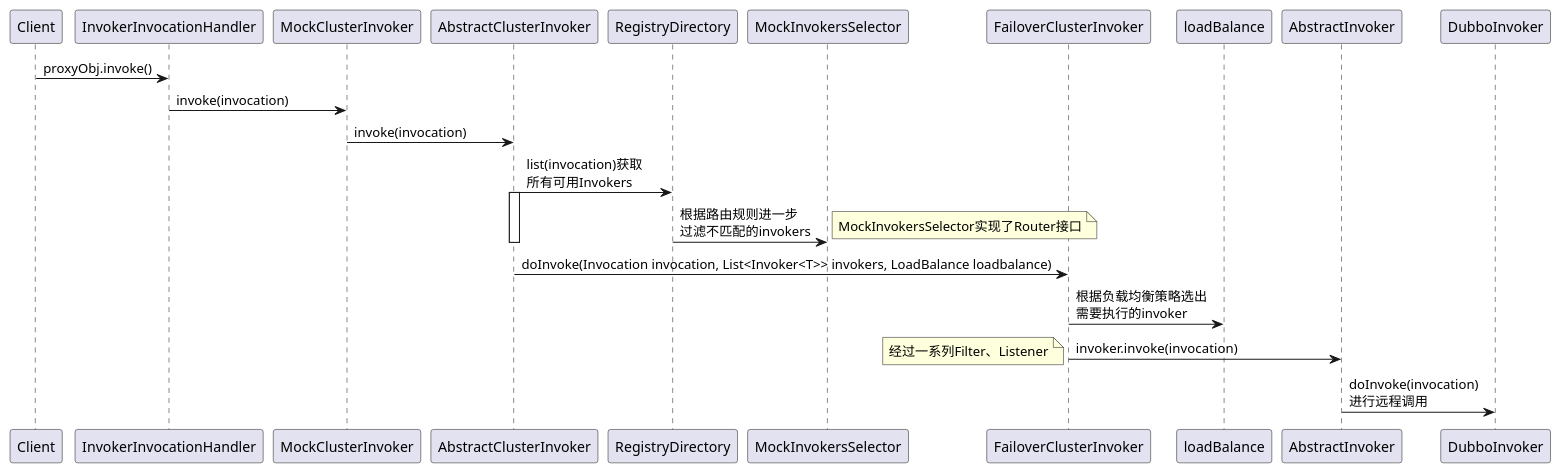
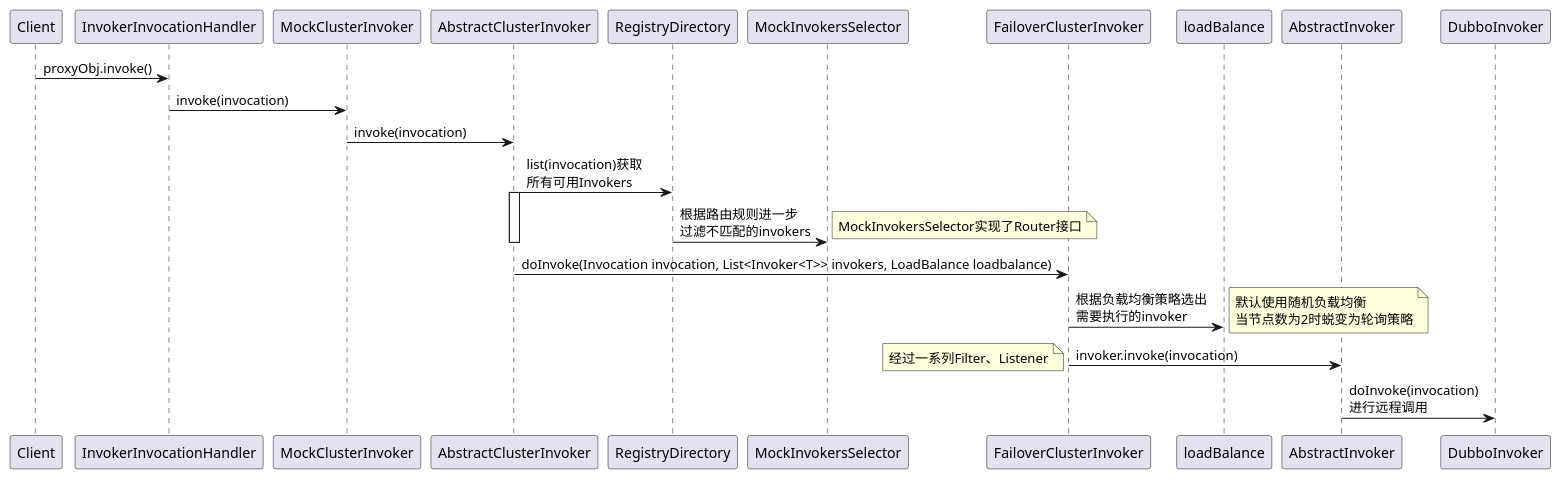
One commit to newbigTech/myDesignPattern changed the diagram in uml/dubbo/summary/consumer-invoker.invoke().puml. Above: the diagram before and after it, drawn with PlantUML.

Commit message:
dubbo invoke() add comments

```diff
--- a/uml/dubbo/summary/consumer-invoker.invoke().puml
+++ b/uml/dubbo/summary/consumer-invoker.invoke().puml
@@ -1,23 +1,26 @@
 @startuml
 participant Client
 participant InvokerInvocationHandler
 
 Client -> InvokerInvocationHandler:proxyObj.invoke()
 InvokerInvocationHandler -> MockClusterInvoker:invoke(invocation)
 MockClusterInvoker -> AbstractClusterInvoker:invoke(invocation)
 AbstractClusterInvoker -> RegistryDirectory:list(invocation)获取\n所有可用Invokers
 activate AbstractClusterInvoker
 RegistryDirectory -> MockInvokersSelector:根据路由规则进一步\n过滤不匹配的invokers
 note right
 MockInvokersSelector实现了Router接口
 end note
 deactivate AbstractClusterInvoker
 AbstractClusterInvoker -> FailoverClusterInvoker:doInvoke(Invocation invocation, List<Invoker<T>> invokers, LoadBalance loadbalance)
 FailoverClusterInvoker -> loadBalance:根据负载均衡策略选出\n需要执行的invoker
-
+note right
+默认使用随机负载均衡
+当节点数为2时蜕变为轮询策略
+end note
 FailoverClusterInvoker -> AbstractInvoker:invoker.invoke(invocation)
 note left
 经过一系列Filter、Listener
 end note
 AbstractInvoker -> DubboInvoker:doInvoke(invocation)\n进行远程调用
 @enduml
```
